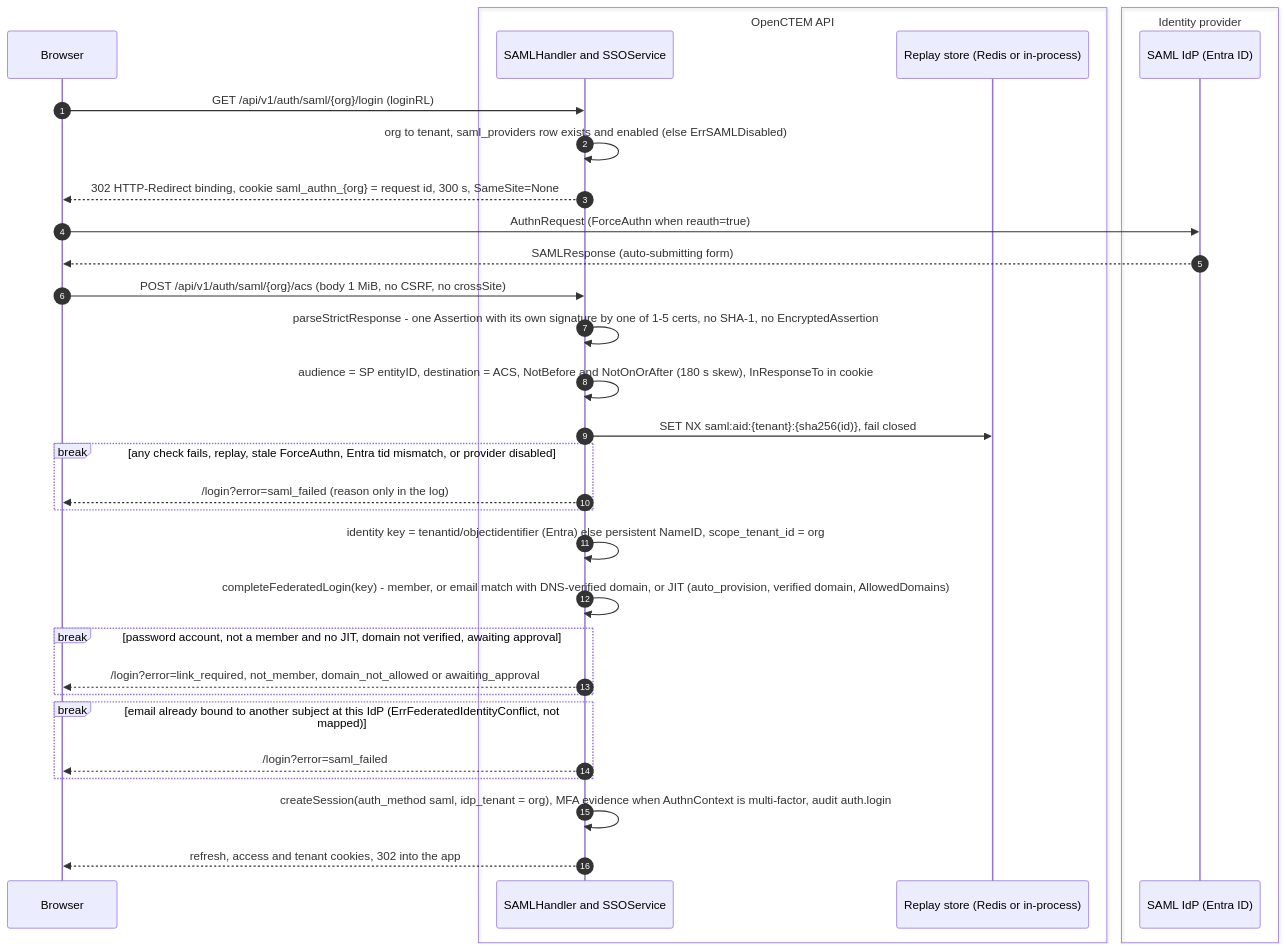
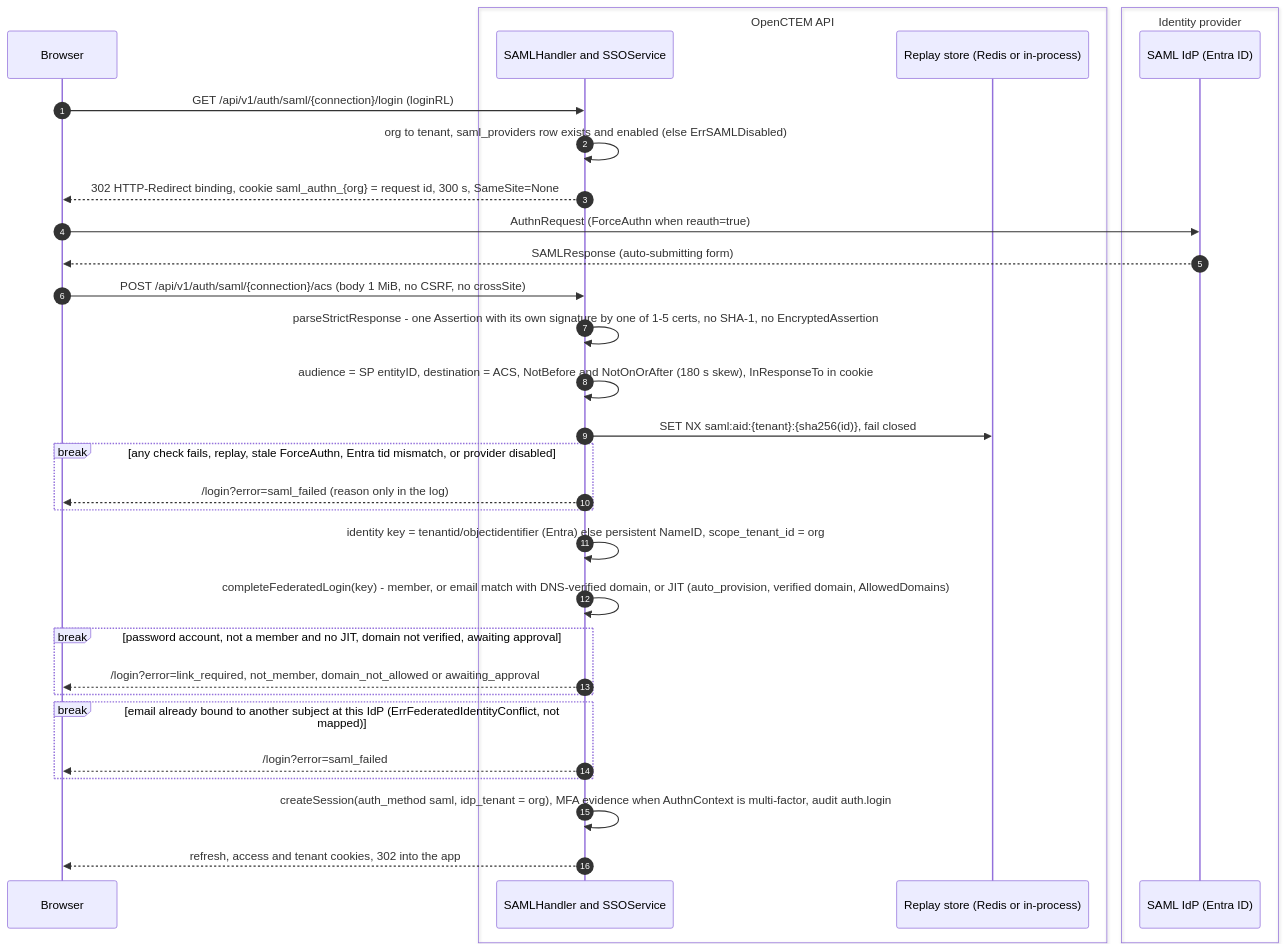
One commit to openctemio/openctem changed the second of 2 diagrams in server/docs/architecture/saml-sso.md. Above: the diagram before and after it, drawn with Mermaid. The commit also changed other lines of this file and 26 other files, not shown here.

First line of the commit message:
Merge pull request #4389 from openctemio/fix/saml-connection-urls

````diff
--- a/server/docs/architecture/saml-sso.md
+++ b/server/docs/architecture/saml-sso.md
@@ -56,34 +56,34 @@
 ```mermaid
 sequenceDiagram
     autonumber
     participant B as Browser
     box OpenCTEM API
     participant API as SAMLHandler and SSOService
     participant R as Replay store (Redis or in-process)
     end
     box Identity provider
     participant E as SAML IdP (Entra ID)
     end
-    B->>API: GET /api/v1/auth/saml/{org}/login (loginRL)
+    B->>API: GET /api/v1/auth/saml/{connection}/login (loginRL)
     API->>API: org to tenant, saml_providers row exists and enabled (else ErrSAMLDisabled)
     API-->>B: 302 HTTP-Redirect binding, cookie saml_authn_{org} = request id, 300 s, SameSite=None
     B->>E: AuthnRequest (ForceAuthn when reauth=true)
     E-->>B: SAMLResponse (auto-submitting form)
-    B->>API: POST /api/v1/auth/saml/{org}/acs (body 1 MiB, no CSRF, no crossSite)
+    B->>API: POST /api/v1/auth/saml/{connection}/acs (body 1 MiB, no CSRF, no crossSite)
     API->>API: parseStrictResponse - one Assertion with its own signature by one of 1-5 certs, no SHA-1, no EncryptedAssertion
     API->>API: audience = SP entityID, destination = ACS, NotBefore and NotOnOrAfter (180 s skew), InResponseTo in cookie
     API->>R: SET NX saml:aid:{tenant}:{sha256(id)}, fail closed
     break any check fails, replay, stale ForceAuthn, Entra tid mismatch, or provider disabled
         API-->>B: /login?error=saml_failed (reason only in the log)
     end
     API->>API: identity key = tenantid/objectidentifier (Entra) else persistent NameID, scope_tenant_id = org
     API->>API: completeFederatedLogin(key) - member, or email match with DNS-verified domain, or JIT (auto_provision, verified domain, AllowedDomains)
     break password account, not a member and no JIT, domain not verified, awaiting approval
         API-->>B: /login?error=link_required, not_member, domain_not_allowed or awaiting_approval
     end
     break email already bound to another subject at this IdP (ErrFederatedIdentityConflict, not mapped)
         API-->>B: /login?error=saml_failed
     end
     API->>API: createSession(auth_method saml, idp_tenant = org), MFA evidence when AuthnContext is multi-factor, audit auth.login
     API-->>B: refresh, access and tenant cookies, 302 into the app
 ```
````
